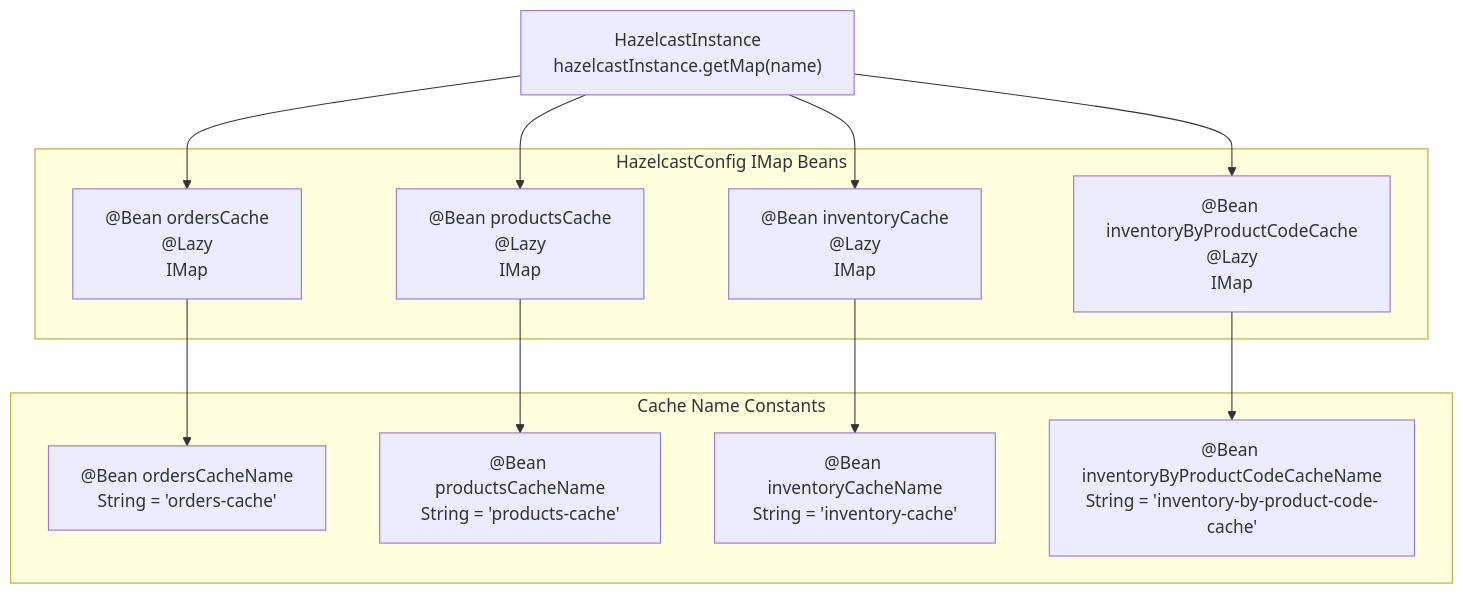
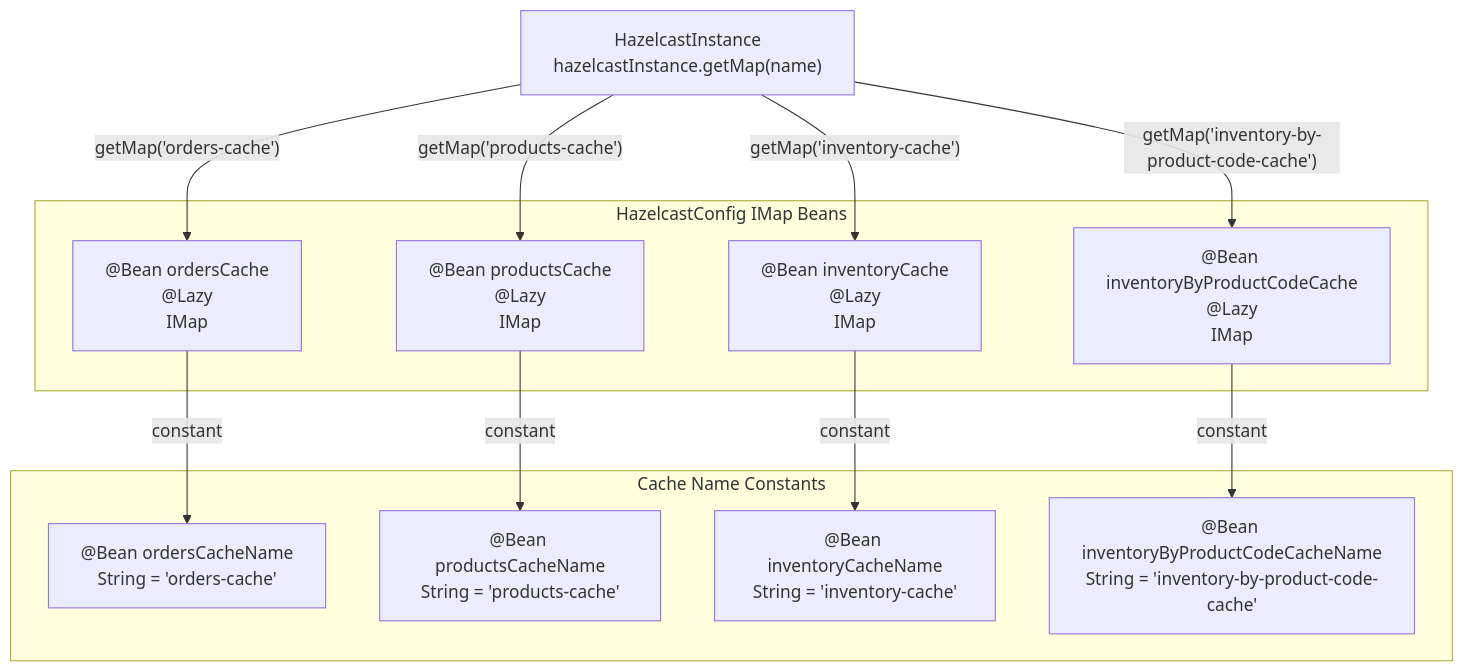
The first of 4 diagrams in docs/deepwiki/Caching-with-Hazelcast.md (philipz/spring-modular-monolith), drawn with Mermaid before and after one commit. The commit also changed other lines of this file and 55 other files, not shown here.

````diff
--- a/docs/deepwiki/Caching-with-Hazelcast.md
+++ b/docs/deepwiki/Caching-with-Hazelcast.md
@@ -92,36 +92,36 @@
 ```mermaid
 flowchart TD
 
 OrdersIMap["@Bean ordersCache<br>@Lazy<br>IMap<String, Object>"]
 ProductsIMap["@Bean productsCache<br>@Lazy<br>IMap<String, Object>"]
 InventoryIMap["@Bean inventoryCache<br>@Lazy<br>IMap<Long, Object>"]
 InventoryIndexIMap["@Bean inventoryByProductCodeCache<br>@Lazy<br>IMap<String, Object>"]
 OrdersCacheName["@Bean ordersCacheName<br>String = 'orders-cache'"]
 ProductsCacheName["@Bean productsCacheName<br>String = 'products-cache'"]
 InventoryCacheName["@Bean inventoryCacheName<br>String = 'inventory-cache'"]
 InventoryIndexName["@Bean inventoryByProductCodeCacheName<br>String = 'inventory-by-product-code-cache'"]
 HZInstance["HazelcastInstance<br>hazelcastInstance.getMap(name)"]
 
-HZInstance --> OrdersIMap
-HZInstance --> ProductsIMap
-HZInstance --> InventoryIMap
-HZInstance --> InventoryIndexIMap
-OrdersIMap --> OrdersCacheName
-ProductsIMap --> ProductsCacheName
-InventoryIMap --> InventoryCacheName
-InventoryIndexIMap --> InventoryIndexName
+HZInstance -->|"getMap('orders-cache')"| OrdersIMap
+HZInstance -->|"getMap('products-cache')"| ProductsIMap
+HZInstance -->|"getMap('inventory-cache')"| InventoryIMap
+HZInstance -->|"getMap('inventory-by-product-code-cache')"| InventoryIndexIMap
+OrdersIMap -->|"constant"| OrdersCacheName
+ProductsIMap -->|"constant"| ProductsCacheName
+InventoryIMap -->|"constant"| InventoryCacheName
+InventoryIndexIMap -->|"constant"| InventoryIndexName
 
 subgraph subGraph1 ["Cache Name Constants"]
     OrdersCacheName
     ProductsCacheName
     InventoryCacheName
     InventoryIndexName
 end
 
 subgraph subGraph0 ["HazelcastConfig IMap Beans"]
     OrdersIMap
     ProductsIMap
     InventoryIMap
     InventoryIndexIMap
 end
 ```
````
